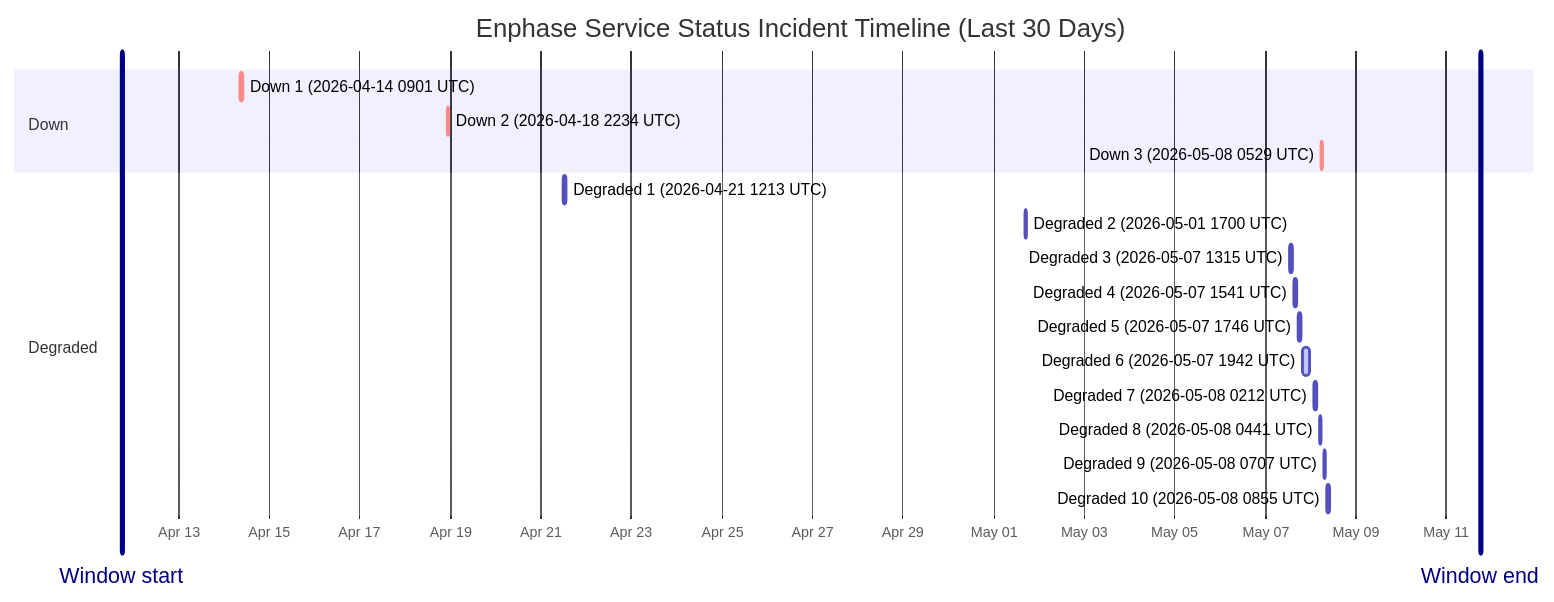
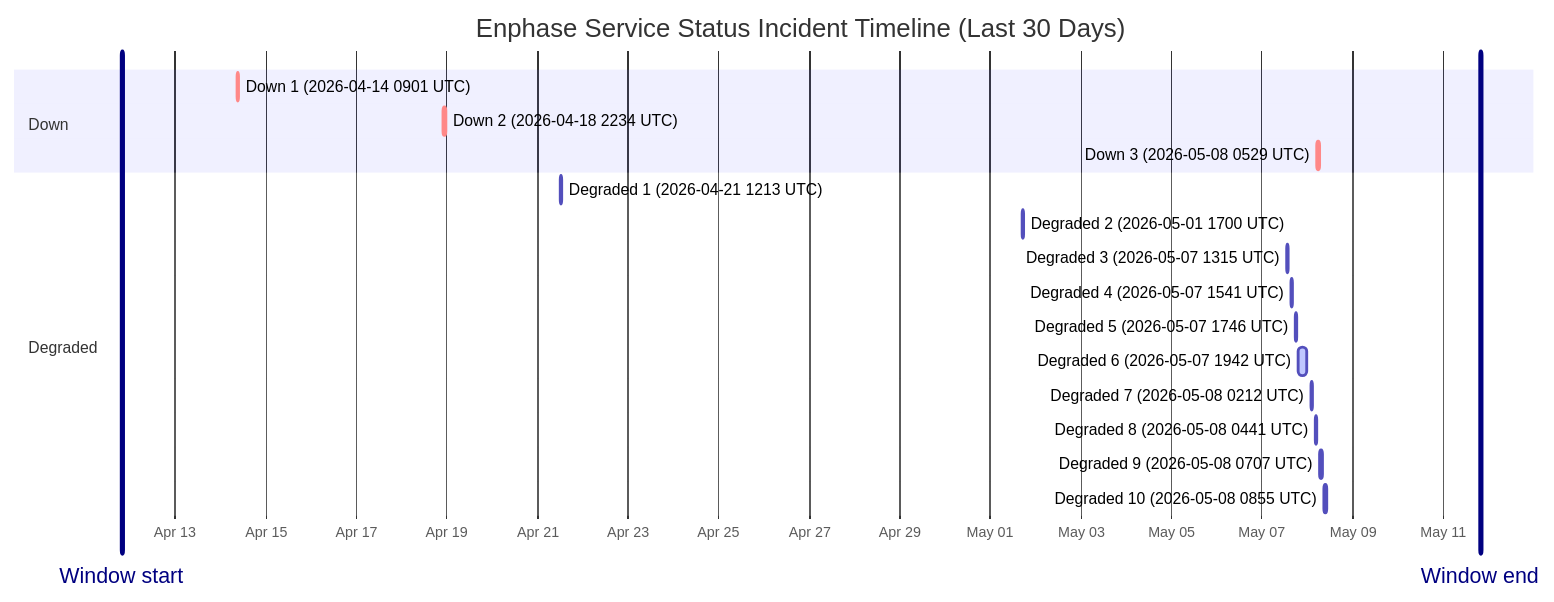
The diagram in wiki/Service-Status-History.md (barneyonline/ha-enphase-ev-charger), drawn with Mermaid before and after one commit. The commit also changed other lines of this file and 3 other files, not shown here.

````diff
--- a/wiki/Service-Status-History.md
+++ b/wiki/Service-Status-History.md
@@ -14,23 +14,23 @@
 ```mermaid
 gantt
     title Enphase Service Status Incident Timeline (Last 30 Days)
     dateFormat  YYYY-MM-DDTHH:mm:ss
     axisFormat  %b %d
-    Window start :vert, window-start, 2026-04-11T17:53:19, 0ms
-    Window end :vert, window-end, 2026-05-11T17:53:19, 0ms
+    Window start :vert, window-start, 2026-04-11T19:45:07, 0ms
+    Window end :vert, window-end, 2026-05-11T19:45:07, 0ms
     section Down
     Down 1 (2026-04-14 0901 UTC) :crit, down-1, 2026-04-14T09:01:13, 60m
     Down 2 (2026-04-18 2234 UTC) :crit, down-2, 2026-04-18T22:34:13, 60m
     Down 3 (2026-05-08 0529 UTC) :crit, down-3, 2026-05-08T05:29:47, 60m
     section Degraded
     Degraded 1 (2026-04-21 1213 UTC) :active, degraded-1, 2026-04-21T12:13:11, 60m
     Degraded 2 (2026-05-01 1700 UTC) :active, degraded-2, 2026-05-01T17:00:22, 60m
     Degraded 3 (2026-05-07 1315 UTC) :active, degraded-3, 2026-05-07T13:15:25, 60m
     Degraded 4 (2026-05-07 1541 UTC) :active, degraded-4, 2026-05-07T15:41:58, 60m
     Degraded 5 (2026-05-07 1746 UTC) :active, degraded-5, 2026-05-07T17:46:51, 60m
     Degraded 6 (2026-05-07 1942 UTC) :active, degraded-6, 2026-05-07T19:42:10, 249m
     Degraded 7 (2026-05-08 0212 UTC) :active, degraded-7, 2026-05-08T02:12:39, 60m
     Degraded 8 (2026-05-08 0441 UTC) :active, degraded-8, 2026-05-08T04:41:46, 60m
     Degraded 9 (2026-05-08 0707 UTC) :active, degraded-9, 2026-05-08T07:07:30, 60m
     Degraded 10 (2026-05-08 0855 UTC) :active, degraded-10, 2026-05-08T08:55:20, 88m
 ```
````
